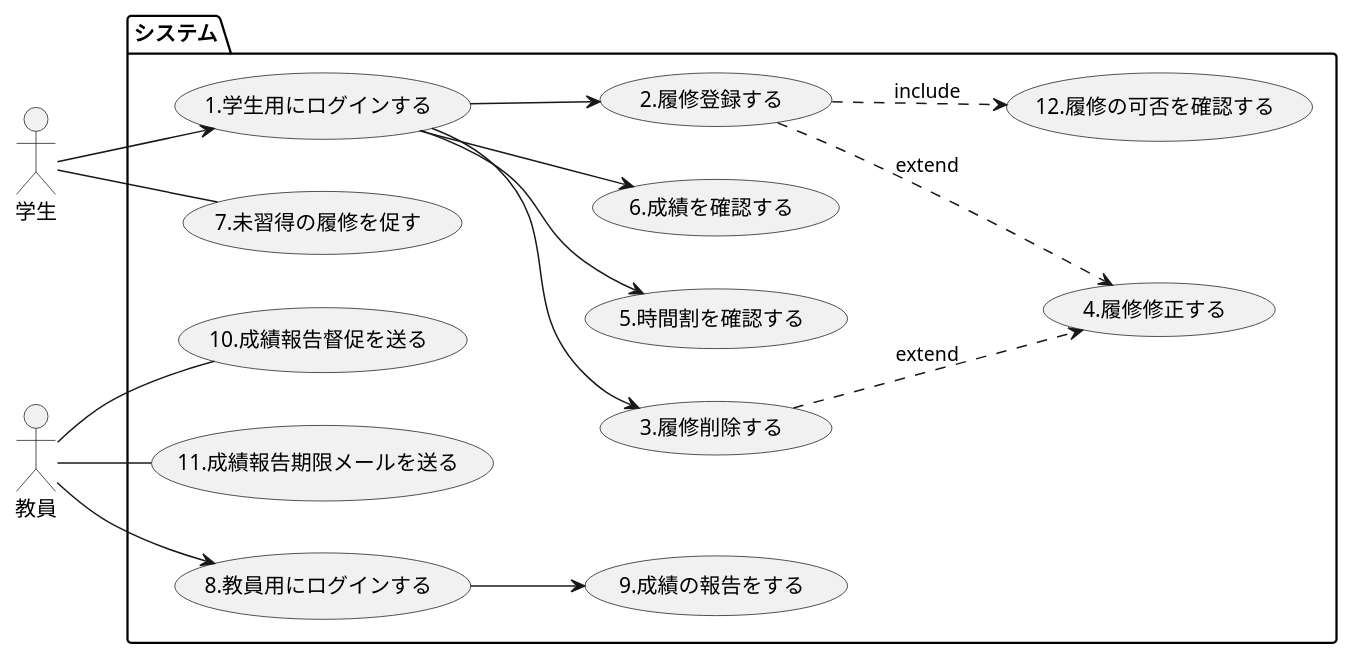
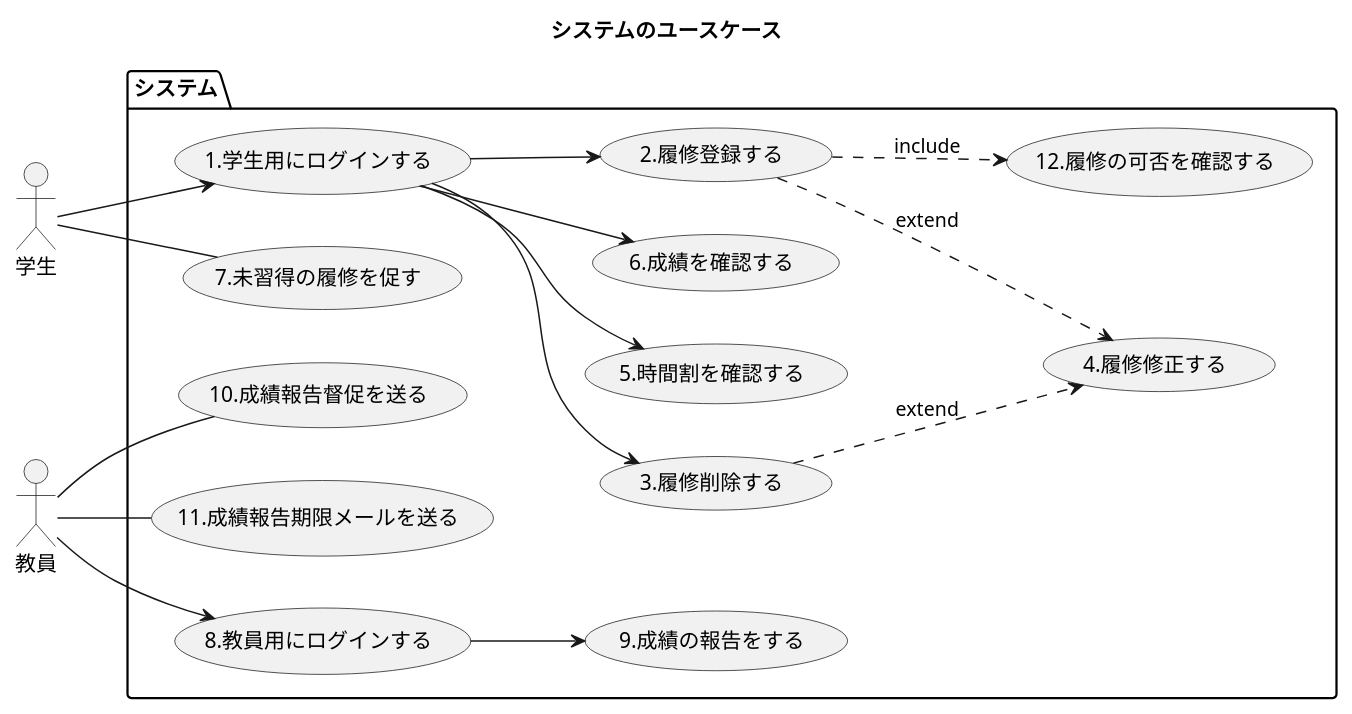
The diagram in uml/15/usecase.puml (tanusai646/software-desine), drawn with PlantUML before and after one commit. The commit also changed 55 other files, not shown here.

```diff
--- a/uml/15/usecase.puml
+++ b/uml/15/usecase.puml
@@ -1,42 +1,43 @@
-@startuml ユースケース図1
+@startuml 3-1
+title システムのユースケース
 left to right direction
 
 'アクター'
 :学生: as A1
 :教員: as A2
 
 
 'ユースケース'
 package システム{
     (1.学生用にログインする)  as U0
     (2.履修登録する) as U1
     (3.履修削除する) as U2
     (4.履修修正する) as U3
     (5.時間割を確認する) as U4
     (7.未習得の履修を促す) as U5
     (9.成績の報告をする) as U6
     (10.成績報告督促を送る) as U7
     (11.成績報告期限メールを送る) as U8
     (12.履修の可否を確認する) as U9
     (6.成績を確認する) as U10
     (8.教員用にログインする) as U11
 }
 
 '関係'
 U0 --> U1
 U0 --> U2 
 U1 ..> U3 : extend
 U2 ..> U3 : extend
 U0 --> U4 
 U0 --> U10 
 U1 ..> U9 : include
 
 A1 -- U5
 A1 --> U0
 
 A2 --> U11
 U11 --> U6 
 A2 -- U7
 A2 -- U8
 
 @enduml
```
